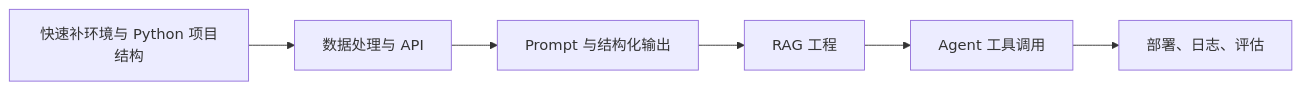
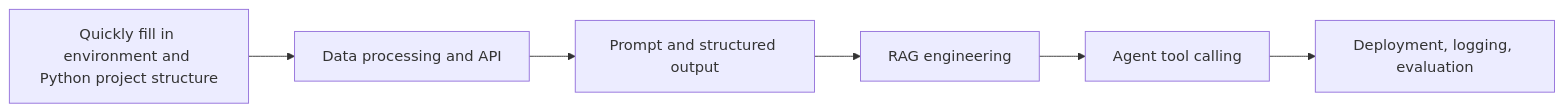
Before and after one commit to oudbiao/AI-fullstack-course: the second of 4 diagrams in docs/intro/main-learning-routes.md, drawn with Mermaid. The commit also changed other lines of this file and 1406 other files, not shown here.

````diff
--- a/docs/intro/main-learning-routes.md
+++ b/docs/intro/main-learning-routes.md
@@ -59,8 +59,8 @@
 ```mermaid
 flowchart LR
-  A[快速补环境与 Python 项目结构] --> B[数据处理与 API]
-  B --> C[Prompt 与结构化输出]
-  C --> D[RAG 工程]
-  D --> E[Agent 工具调用]
-  E --> F[部署、日志、评估]
+  A[Quickly fill in environment and Python project structure] --> B[Data processing and API]
+  B --> C[Prompt and structured output]
+  C --> D[RAG engineering]
+  D --> E[Agent tool calling]
+  E --> F[Deployment, logging, evaluation]
 ```
````
